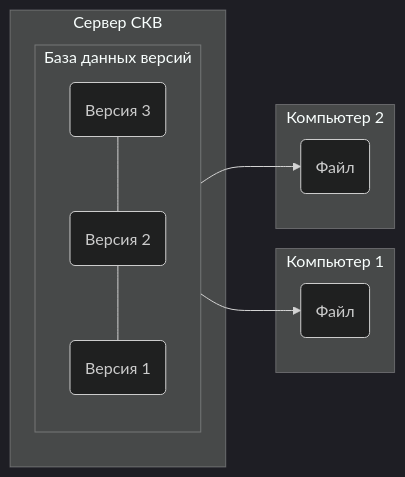
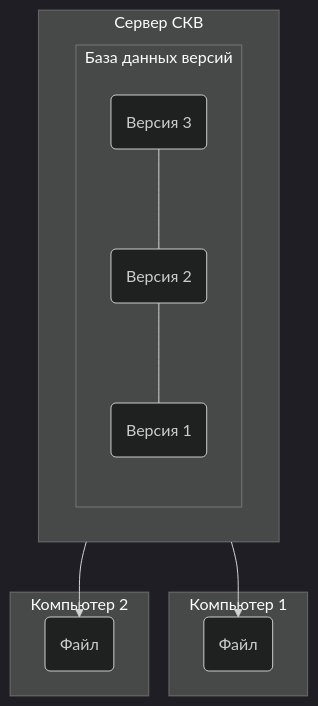
The second of 11 diagrams in pract/pract9.md (Metaraddin/kis_cm), drawn with Mermaid (dark theme) before and after one commit. The commit also changed other lines of this file, not shown here.

````diff
--- a/pract/pract9.md
+++ b/pract/pract9.md
@@ -38,19 +38,20 @@
 ```mermaid
-flowchart LR
+flowchart
 
 subgraph server[Сервер СКВ]
+    direction LR
     subgraph db[База данных версий]
         v3(Версия 3) 
         --- v2(Версия 2) 
         --- v1(Версия 1)
     end
 end
 
 subgraph pc1[Компьютер 1]
     db --> f1(Файл)
 end
 
 subgraph pc2[Компьютер 2]
     db --> f2(Файл)
 end
 ```
````
